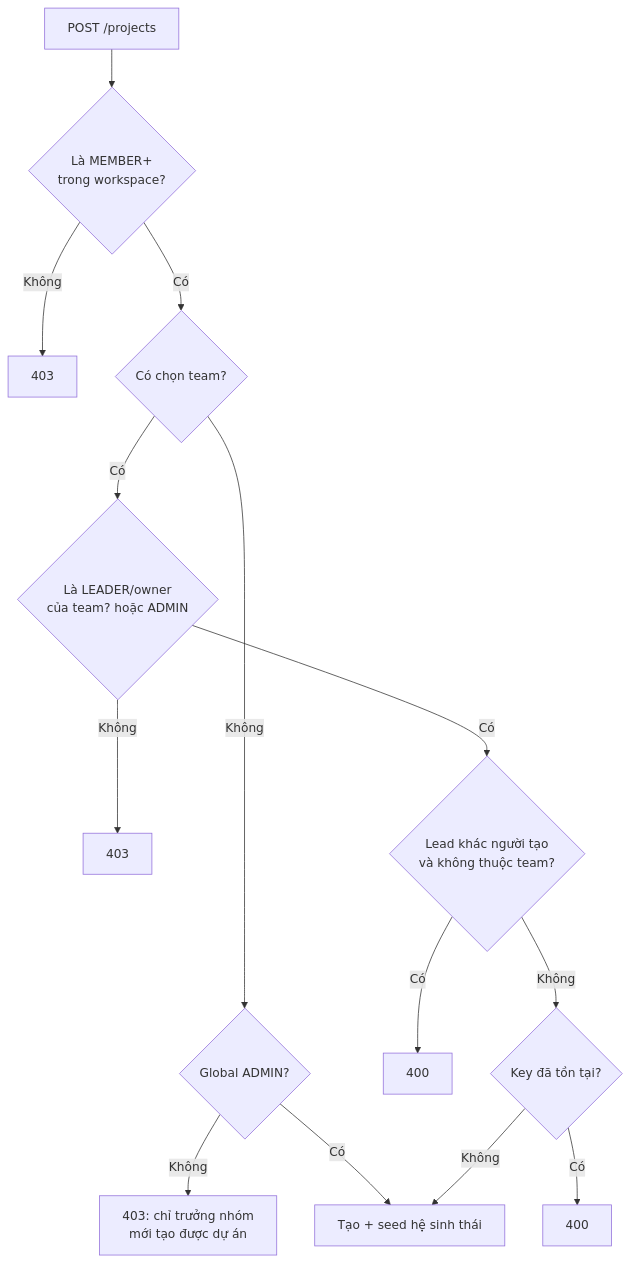
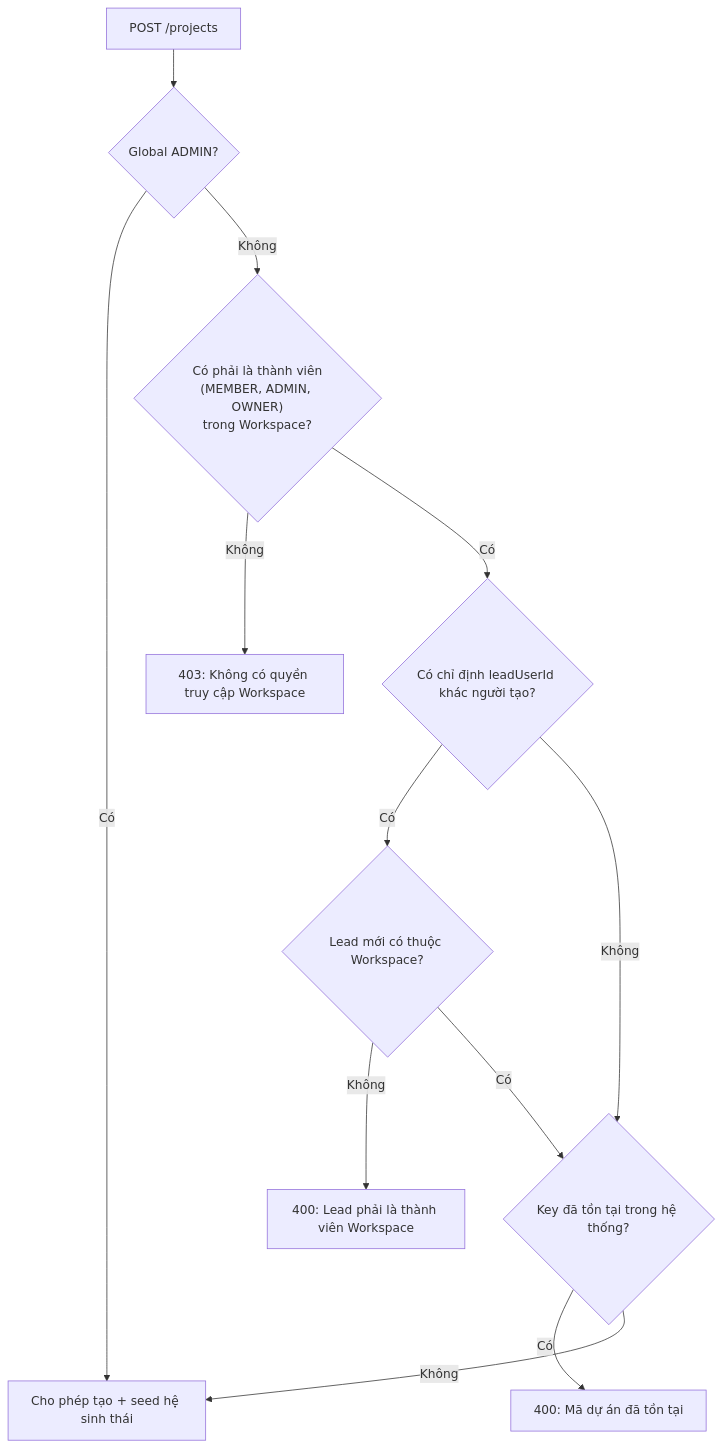
Before and after one commit to Hecker-Chuoi/DATN-2026: the third of 11 diagrams in formal_doc/02_NGHIEP_VU_PROJECT.md, drawn with Mermaid. The commit also changed other lines of this file and 60 other files, not shown here.

````diff
--- a/formal_doc/02_NGHIEP_VU_PROJECT.md
+++ b/formal_doc/02_NGHIEP_VU_PROJECT.md
@@ -105,16 +97,14 @@
 ```mermaid
 flowchart TD
-    A["POST /projects"] --> B{"Là MEMBER+<br/>trong workspace?"}
-    B -- "Không" --> X1["403"]
-    B -- "Có" --> C{"Có chọn team?"}
-    C -- "Không" --> D{"Global ADMIN?"}
-    D -- "Không" --> X2["403: chỉ trưởng nhóm<br/>mới tạo được dự án"]
-    D -- "Có" --> OK
-    C -- "Có" --> E{"Là LEADER/owner<br/>của team? hoặc ADMIN"}
-    E -- "Không" --> X3["403"]
-    E -- "Có" --> F{"Lead khác người tạo<br/>và không thuộc team?"}
-    F -- "Có" --> X4["400"]
-    F -- "Không" --> G{"Key đã tồn tại?"}
-    G -- "Có" --> X5["400"]
-    G -- "Không" --> OK["Tạo + seed hệ sinh thái"]
+    A["POST /projects"] --> B{"Global ADMIN?"}
+    B -- "Có" --> OK["Cho phép tạo + seed hệ sinh thái"]
+    B -- "Không" --> C{"Có phải là thành viên<br/>(MEMBER, ADMIN, OWNER)<br/>trong Workspace?"}
+    C -- "Không" --> X1["403: Không có quyền truy cập Workspace"]
+    C -- "Có" --> D{"Có chỉ định leadUserId khác người tạo?"}
+    D -- "Có" --> E{"Lead mới có thuộc Workspace?"}
+    E -- "Không" --> X2["400: Lead phải là thành viên Workspace"]
+    E -- "Có" --> F{"Key đã tồn tại trong hệ thống?"}
+    D -- "Không" --> F
+    F -- "Có" --> X3["400: Mã dự án đã tồn tại"]
+    F -- "Không" --> OK
 ```
````
